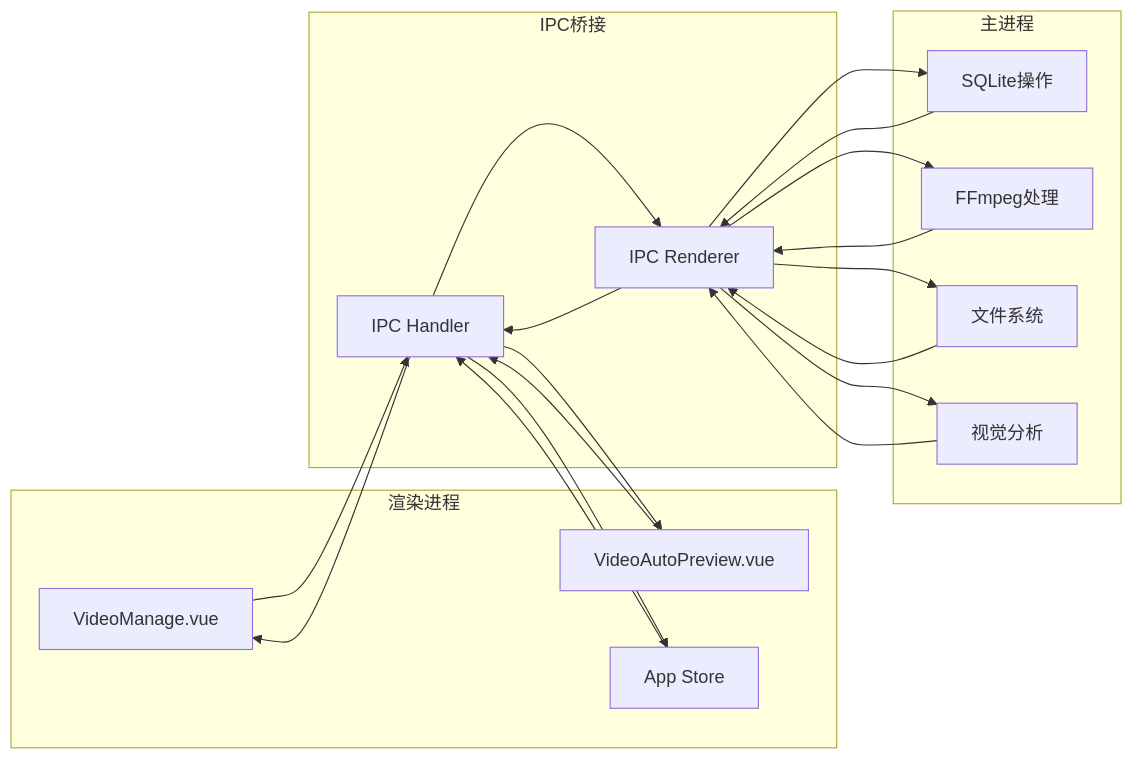
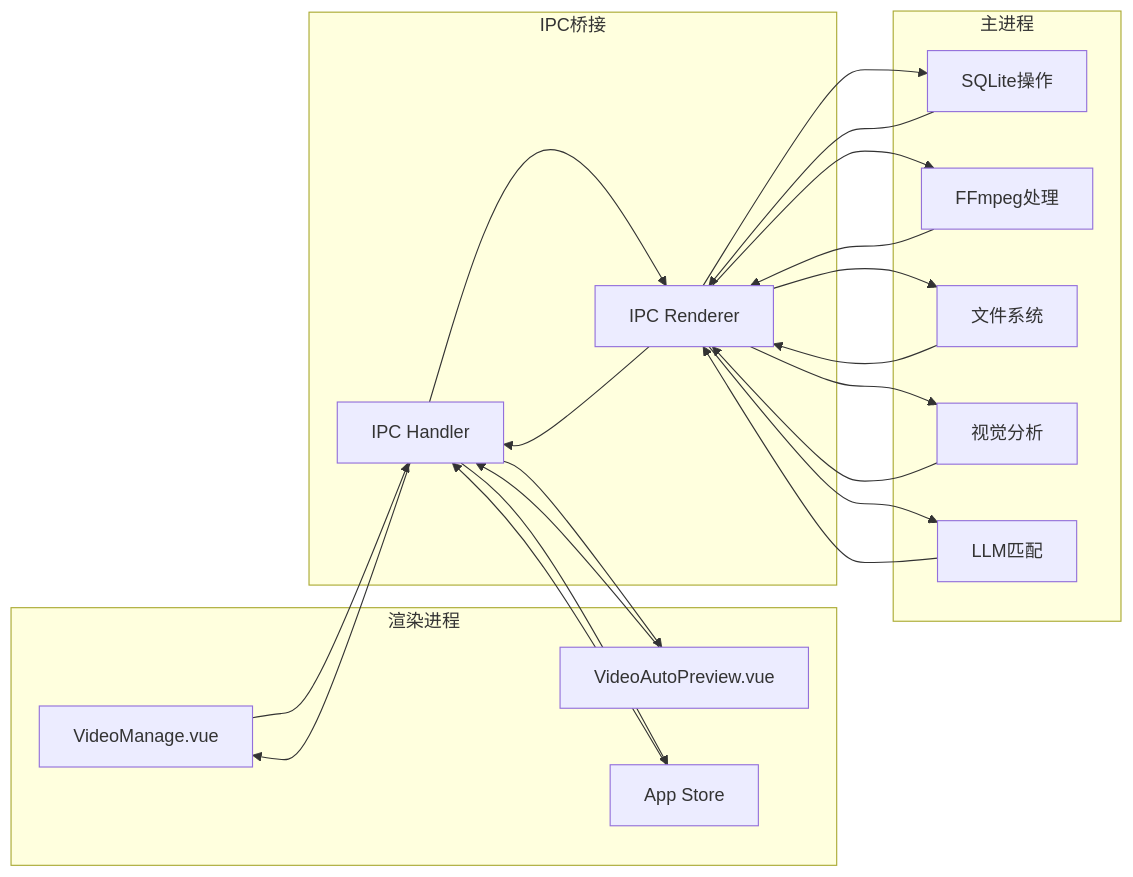
Before and after one commit to torans/crow.video: the tenth of 12 diagrams in .qoder/repowiki/zh/content/UI组件系统/视频管理组件.md, drawn with Mermaid. The commit also changed other lines of this file and 35 other files, not shown here.

````diff
--- a/.qoder/repowiki/zh/content/UI组件系统/视频管理组件.md
+++ b/.qoder/repowiki/zh/content/UI组件系统/视频管理组件.md
@@ -344,34 +461,37 @@
 ```mermaid
 graph LR
 subgraph "渲染进程"
 R1[VideoManage.vue]
 R2[VideoAutoPreview.vue]
 R3[App Store]
 end
 subgraph "IPC桥接"
 I1[IPC Handler]
 I2[IPC Renderer]
 end
 subgraph "主进程"
 M1[SQLite操作]
 M2[FFmpeg处理]
 M3[文件系统]
 M4[视觉分析]
+M5[LLM匹配]
 end
 R1 --> I1
 R2 --> I1
 R3 --> I1
 I1 --> I2
 I2 --> M1
 I2 --> M2
 I2 --> M3
 I2 --> M4
+I2 --> M5
 M1 --> I2
 M2 --> I2
 M3 --> I2
 M4 --> I2
+M5 --> I2
 I2 --> I1
 I1 --> R1
 I1 --> R2
 I1 --> R3
 ```
````
